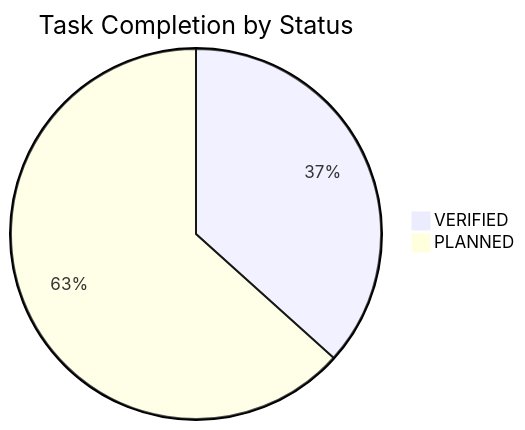
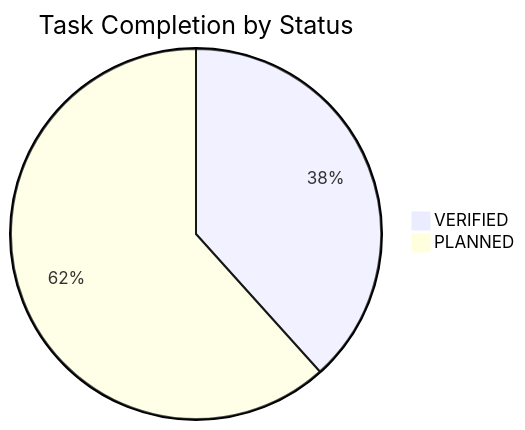
The diagram in docs/TASK_BOARD.md (NguyenTriBaoThang/ClearWayAI), drawn with Mermaid before and after one commit. The commit also changed other lines of this file and 37 other files, not shown here.

````diff
--- a/docs/TASK_BOARD.md
+++ b/docs/TASK_BOARD.md
@@ -16,5 +16,5 @@
 ```mermaid
 pie title Task Completion by Status
-    "VERIFIED" : 22
-    "PLANNED" : 38
+    "VERIFIED" : 23
+    "PLANNED" : 37
 ```
````
